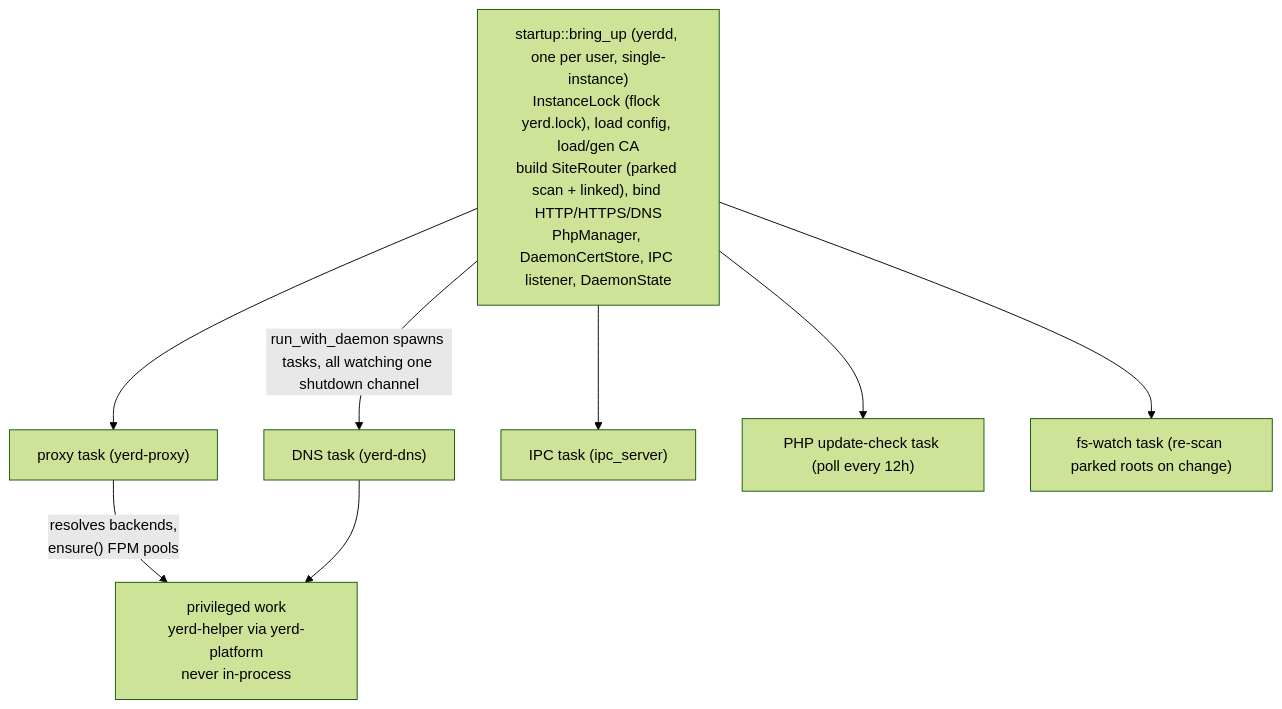
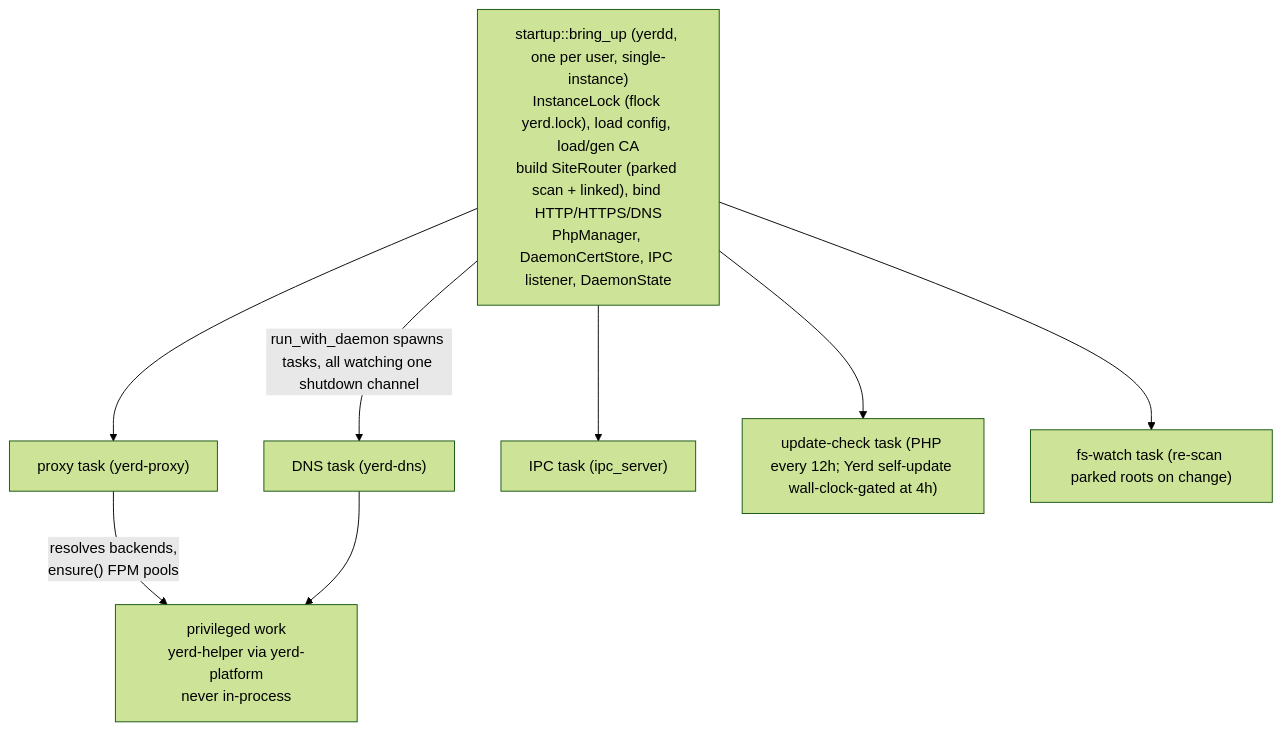
Before and after one commit to forjedio/yerd: the diagram in docs/developer/binaries/yerdd.md, drawn with Mermaid (forest theme). The commit also changed other lines of this file and 4 other files, not shown here.

````diff
--- a/docs/developer/binaries/yerdd.md
+++ b/docs/developer/binaries/yerdd.md
@@ -15,19 +15,19 @@
 ```mermaid
 flowchart TD
     BU["startup::bring_up (yerdd, one per user, single-instance)<br>InstanceLock (flock yerd.lock), load config, load/gen CA<br>build SiteRouter (parked scan + linked), bind HTTP/HTTPS/DNS<br>PhpManager, DaemonCertStore, IPC listener, DaemonState"]
     BU -->|"run_with_daemon spawns tasks, all watching one shutdown channel"| DNS
     BU --> PROXY
     BU --> IPC
     BU --> UPD
     BU --> WATCH
 
     DNS["DNS task (yerd-dns)"]
     PROXY["proxy task (yerd-proxy)"]
     IPC["IPC task (ipc_server)"]
-    UPD["PHP update-check task (poll every 12h)"]
+    UPD["update-check task (PHP every 12h; Yerd self-update wall-clock-gated at 4h)"]
     WATCH["fs-watch task (re-scan parked roots on change)"]
 
     PROXY -->|"resolves backends,<br/>ensure() FPM pools"| HELPER
     DNS --> HELPER
     HELPER["privileged work<br/>yerd-helper via yerd-platform<br/>never in-process"]
 ```
````
